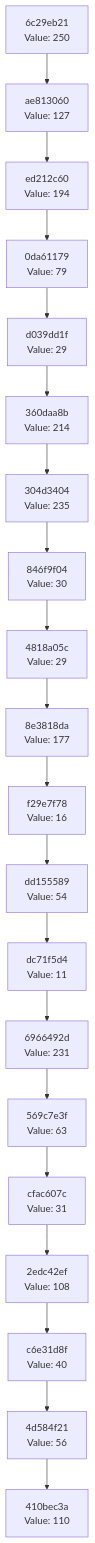
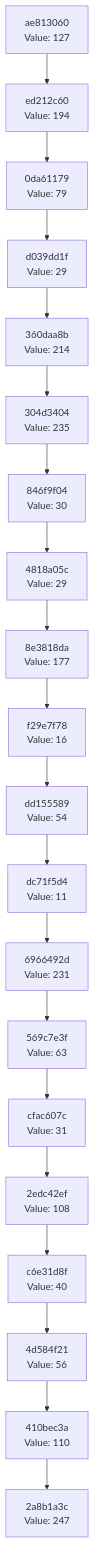
The diagram in docs/CHAIN_VISUALIZATION.md (Abhisheksinha1506/hash-chain-evolver), drawn with Mermaid before and after one commit. The commit also changed 2 other files, not shown here.

Commit message:
Evolution step: hash 0xF7 → action executed

````diff
--- a/docs/CHAIN_VISUALIZATION.md
+++ b/docs/CHAIN_VISUALIZATION.md
@@ -3,42 +3,42 @@
 ```mermaid
 graph TD
-    C0["410bec3a<br/>Value: 110"]
-    C1["4d584f21<br/>Value: 56"]
+    C0["2a8b1a3c<br/>Value: 247"]
+    C1["410bec3a<br/>Value: 110"]
     C1 --> C0
-    C2["c6e31d8f<br/>Value: 40"]
+    C2["4d584f21<br/>Value: 56"]
     C2 --> C1
-    C3["2edc42ef<br/>Value: 108"]
+    C3["c6e31d8f<br/>Value: 40"]
     C3 --> C2
-    C4["cfac607c<br/>Value: 31"]
+    C4["2edc42ef<br/>Value: 108"]
     C4 --> C3
-    C5["569c7e3f<br/>Value: 63"]
+    C5["cfac607c<br/>Value: 31"]
     C5 --> C4
-    C6["6966492d<br/>Value: 231"]
+    C6["569c7e3f<br/>Value: 63"]
     C6 --> C5
-    C7["dc71f5d4<br/>Value: 11"]
+    C7["6966492d<br/>Value: 231"]
     C7 --> C6
-    C8["dd155589<br/>Value: 54"]
+    C8["dc71f5d4<br/>Value: 11"]
     C8 --> C7
-    C9["f29e7f78<br/>Value: 16"]
+    C9["dd155589<br/>Value: 54"]
     C9 --> C8
-    C10["8e3818da<br/>Value: 177"]
+    C10["f29e7f78<br/>Value: 16"]
     C10 --> C9
-    C11["4818a05c<br/>Value: 29"]
+    C11["8e3818da<br/>Value: 177"]
     C11 --> C10
-    C12["846f9f04<br/>Value: 30"]
+    C12["4818a05c<br/>Value: 29"]
     C12 --> C11
-    C13["304d3404<br/>Value: 235"]
+    C13["846f9f04<br/>Value: 30"]
     C13 --> C12
-    C14["360daa8b<br/>Value: 214"]
+    C14["304d3404<br/>Value: 235"]
     C14 --> C13
-    C15["d039dd1f<br/>Value: 29"]
+    C15["360daa8b<br/>Value: 214"]
     C15 --> C14
-    C16["0da61179<br/>Value: 79"]
+    C16["d039dd1f<br/>Value: 29"]
     C16 --> C15
-    C17["ed212c60<br/>Value: 194"]
+    C17["0da61179<br/>Value: 79"]
     C17 --> C16
-    C18["ae813060<br/>Value: 127"]
+    C18["ed212c60<br/>Value: 194"]
     C18 --> C17
-    C19["6c29eb21<br/>Value: 250"]
+    C19["ae813060<br/>Value: 127"]
     C19 --> C18
 ```
````
